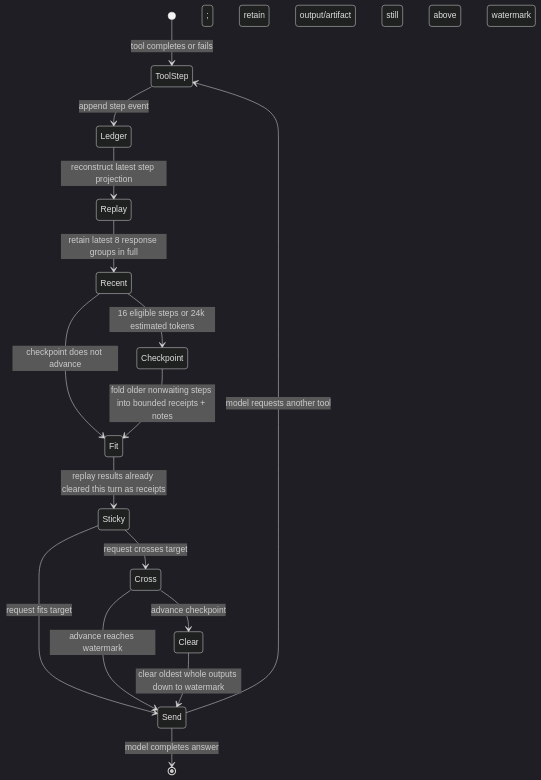
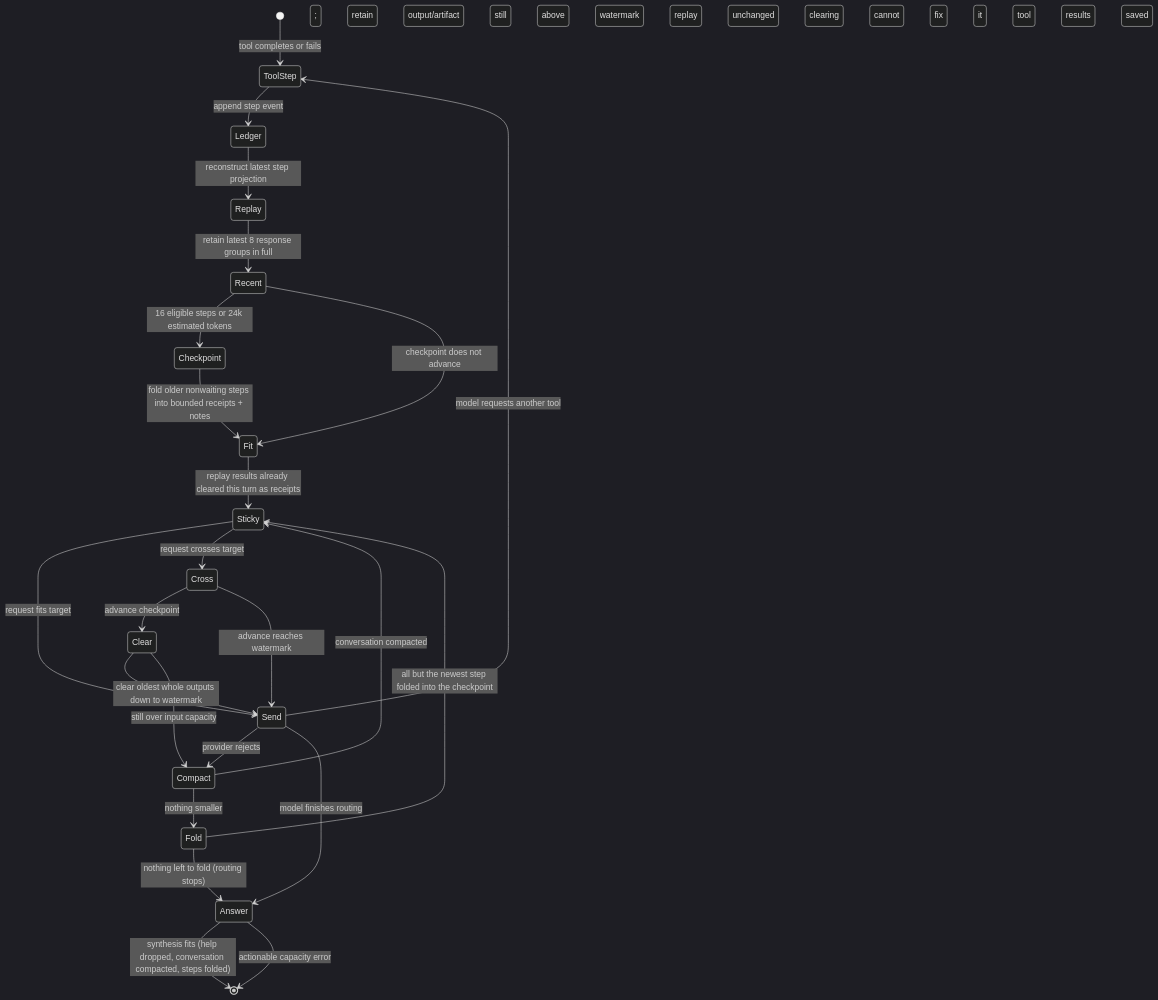
One commit to berylliumsec/nebula changed the second of 2 diagrams in docs/design/assistant-context-state-machine.md. Above: the diagram before and after it, drawn with Mermaid (dark theme). The commit also changed other lines of this file and 7 other files, not shown here.

First line of the commit message:
Context stream D: compact the conversation mid-turn; the answer always fits (#615)

````diff
--- a/docs/design/assistant-context-state-machine.md
+++ b/docs/design/assistant-context-state-machine.md
@@ -50,18 +50,26 @@
 ```mermaid
 stateDiagram-v2
     [*] --> ToolStep: tool completes or fails
     ToolStep --> Ledger: append step event; retain output/artifact
     Ledger --> Replay: reconstruct latest step projection
     Replay --> Recent: retain latest 8 response groups in full
     Recent --> Checkpoint: 16 eligible steps or 24k estimated tokens
     Recent --> Fit: checkpoint does not advance
     Checkpoint --> Fit: fold older nonwaiting steps into bounded receipts + notes
     Fit --> Sticky: replay results already cleared this turn as receipts
     Sticky --> Send: request fits target
     Sticky --> Cross: request crosses target
     Cross --> Clear: advance checkpoint; still above watermark
     Cross --> Send: advance reaches watermark
     Clear --> Send: clear oldest whole outputs down to watermark
+    Clear --> Compact: still over input capacity
+    Compact --> Sticky: conversation compacted; replay unchanged
+    Compact --> Fold: nothing smaller
+    Fold --> Sticky: all but the newest step folded into the checkpoint
+    Fold --> Answer: nothing left to fold (routing stops)
+    Send --> Compact: provider rejects; clearing cannot fix it
     Send --> ToolStep: model requests another tool
-    Send --> [*]: model completes answer
+    Send --> Answer: model finishes routing
+    Answer --> [*]: synthesis fits (help dropped, conversation compacted, steps folded)
+    Answer --> [*]: actionable capacity error; tool results saved
 ```
````
